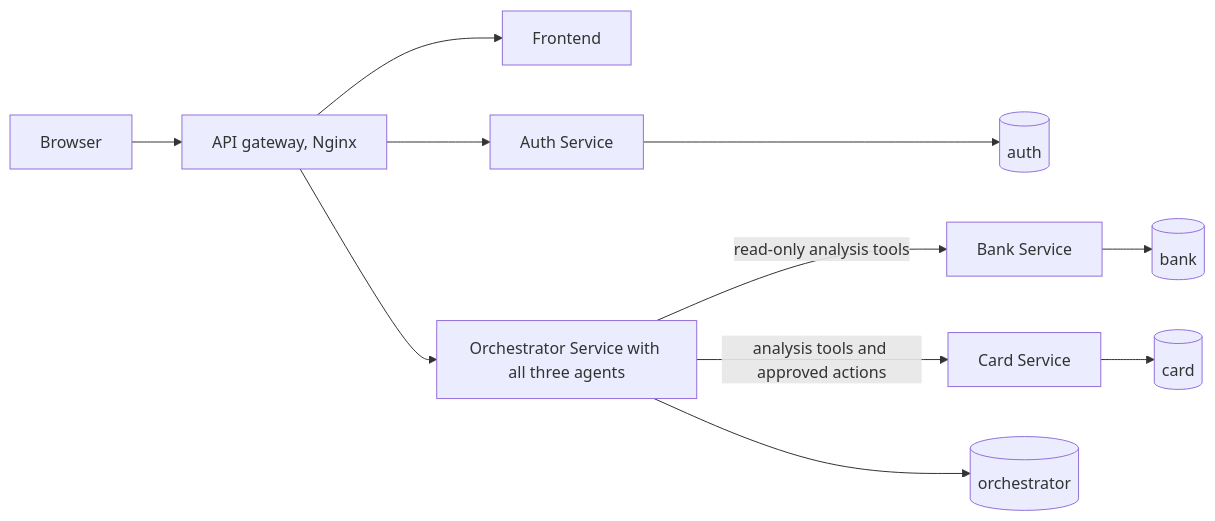
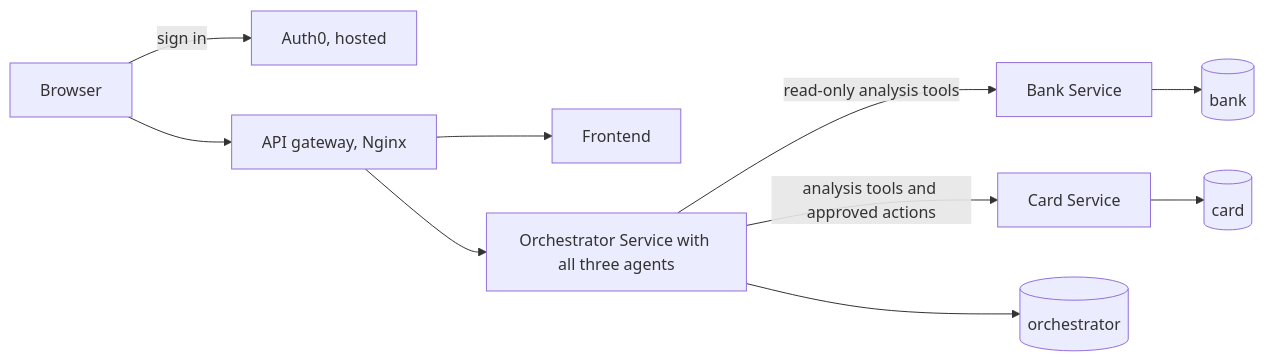
Before and after one commit to learnerInTheFirstStage/multiagent-credit-review: the diagram in README.md, drawn with Mermaid. The commit also changed other lines of this file and 6 other files, not shown here.

First line of the commit message:
KAN-80: READMEs match Auth0 sign-in and the code (#50)

````diff
--- a/README.md
+++ b/README.md
@@ -18,13 +18,12 @@
 ```mermaid
 flowchart LR
-  browser[Browser] --> gateway[API gateway, Nginx]
+  browser[Browser] -->|sign in| auth0[Auth0, hosted]
+  browser --> gateway[API gateway, Nginx]
   gateway --> frontend[Frontend]
-  gateway --> auth[Auth Service]
   gateway --> orch[Orchestrator Service with all three agents]
   orch -->|read-only analysis tools| bank[Bank Service]
   orch -->|analysis tools and approved actions| card[Card Service]
-  auth --> authdb[(auth)]
   orch --> orchdb[(orchestrator)]
   bank --> bankdb[(bank)]
   card --> carddb[(card)]
 ```
````
